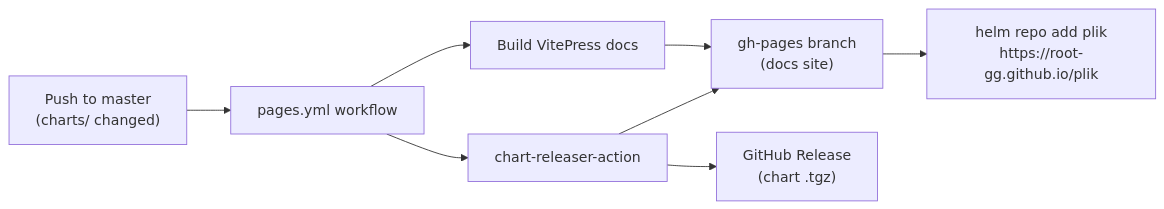
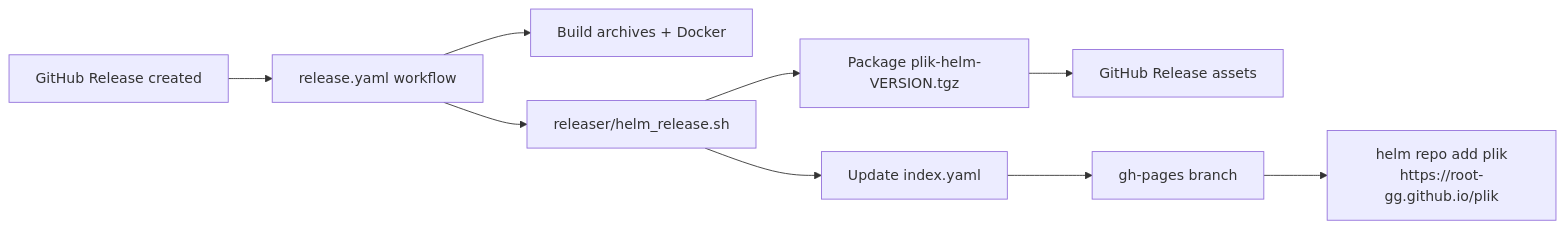
One commit to dataiku/plik changed the diagram in .github/ARCHITECTURE.md. Above: the diagram before and after it, drawn with Mermaid. The commit also changed other lines of this file and 8 other files, not shown here.

First line of the commit message:
fix: unify Helm chart release with app release pipeline

````diff
--- a/.github/ARCHITECTURE.md
+++ b/.github/ARCHITECTURE.md
@@ -70,10 +65,11 @@
 ```mermaid
 graph LR
-    Push["Push to master<br/>(charts/ changed)"] --> Pages["pages.yml workflow"]
-    Pages --> BuildDocs["Build VitePress docs"]
-    Pages --> ChartRelease["chart-releaser-action"]
-    BuildDocs --> GHPages["gh-pages branch<br/>(docs site)"]
-    ChartRelease --> GHPages
-    ChartRelease --> GitHubRelease["GitHub Release<br/>(chart .tgz)"]
+    Release["GitHub Release created"] --> ReleaseWF["release.yaml workflow"]
+    ReleaseWF --> Build["Build archives + Docker"]
+    ReleaseWF --> HelmScript["releaser/helm_release.sh"]
+    HelmScript --> Package["Package plik-helm-VERSION.tgz"]
+    Package --> Assets["GitHub Release assets"]
+    HelmScript --> UpdateIndex["Update index.yaml"]
+    UpdateIndex --> GHPages["gh-pages branch"]
     GHPages --> HelmRepo["helm repo add plik<br/>https://root-gg.github.io/plik"]
 ```
````
